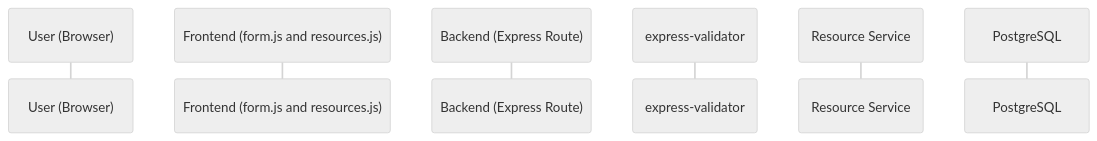
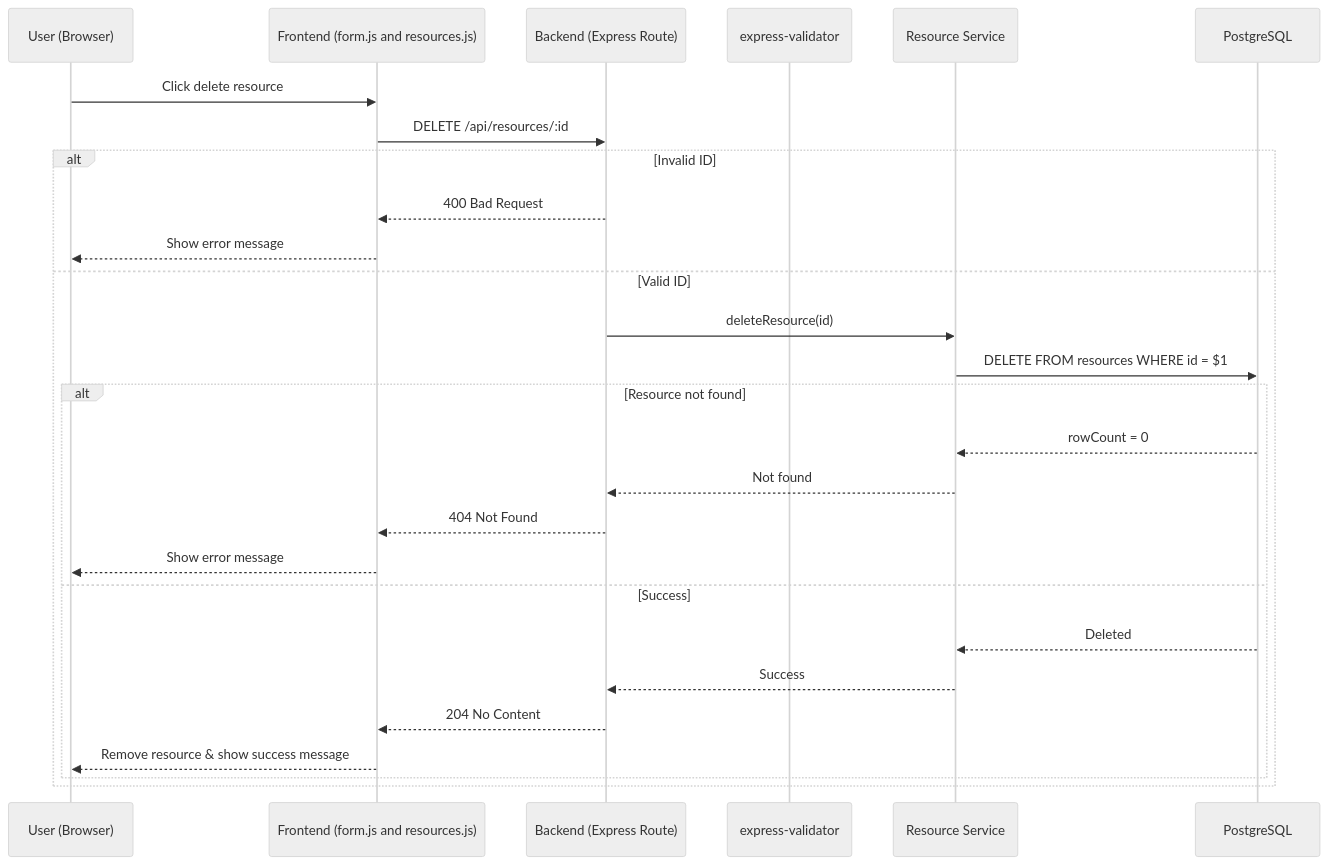
Before and after one commit to enlundjonas/AdvancedWebDevelopment2026: the fourth of 4 diagrams in BookingSystem/Phase6/G1_CRUD_DataFlow.md, drawn with Mermaid (neutral theme). The commit also changed other lines of this file, not shown here.

````diff
--- a/BookingSystem/Phase6/G1_CRUD_DataFlow.md
+++ b/BookingSystem/Phase6/G1_CRUD_DataFlow.md
@@ -111,10 +145,32 @@
 ```mermaid
 sequenceDiagram
 participant U as User (Browser)
 participant F as Frontend (form.js and resources.js)
 participant B as Backend (Express Route)
 participant V as express-validator
 participant S as Resource Service
 participant DB as PostgreSQL
 
+U->>F: Click delete resource
+F->>B: DELETE /api/resources/:id
+
+alt Invalid ID
+    B-->>F: 400 Bad Request
+    F-->>U: Show error message
+else Valid ID
+    B->>S: deleteResource(id)
+    S->>DB: DELETE FROM resources WHERE id = $1
+
+    alt Resource not found
+        DB-->>S: rowCount = 0
+        S-->>B: Not found
+        B-->>F: 404 Not Found
+        F-->>U: Show error message
+    else Success
+        DB-->>S: Deleted
+        S-->>B: Success
+        B-->>F: 204 No Content
+        F-->>U: Remove resource & show success message
+    end
+end
 ```
````
